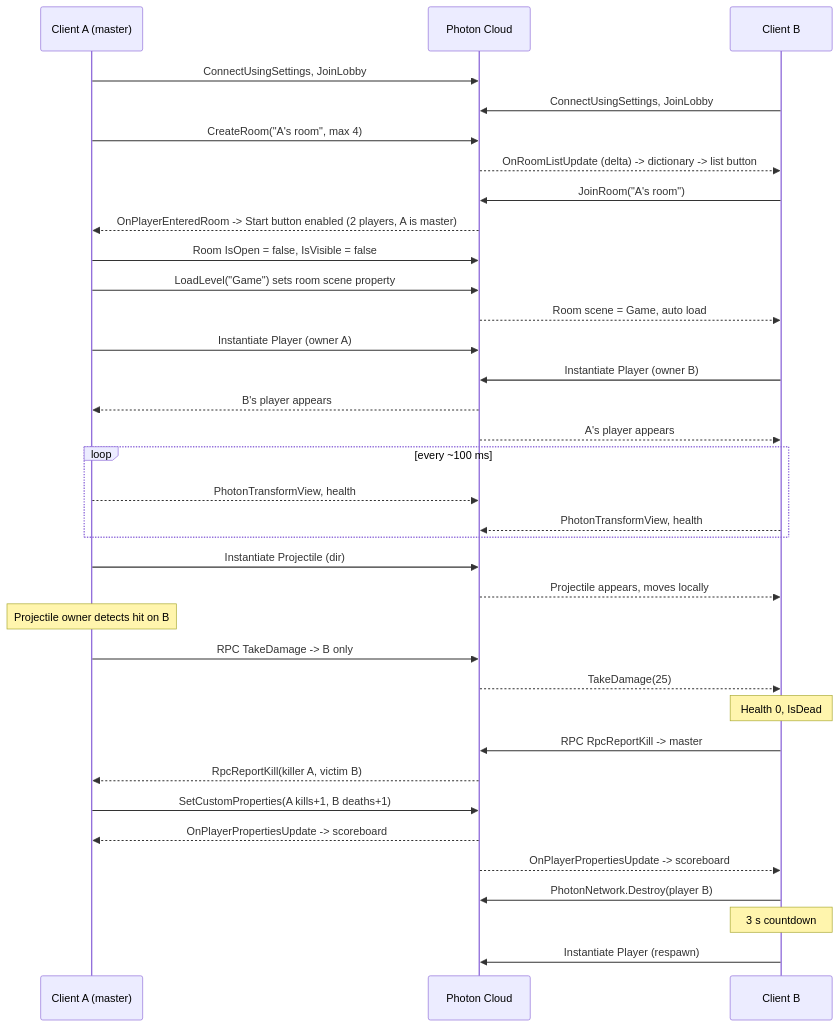
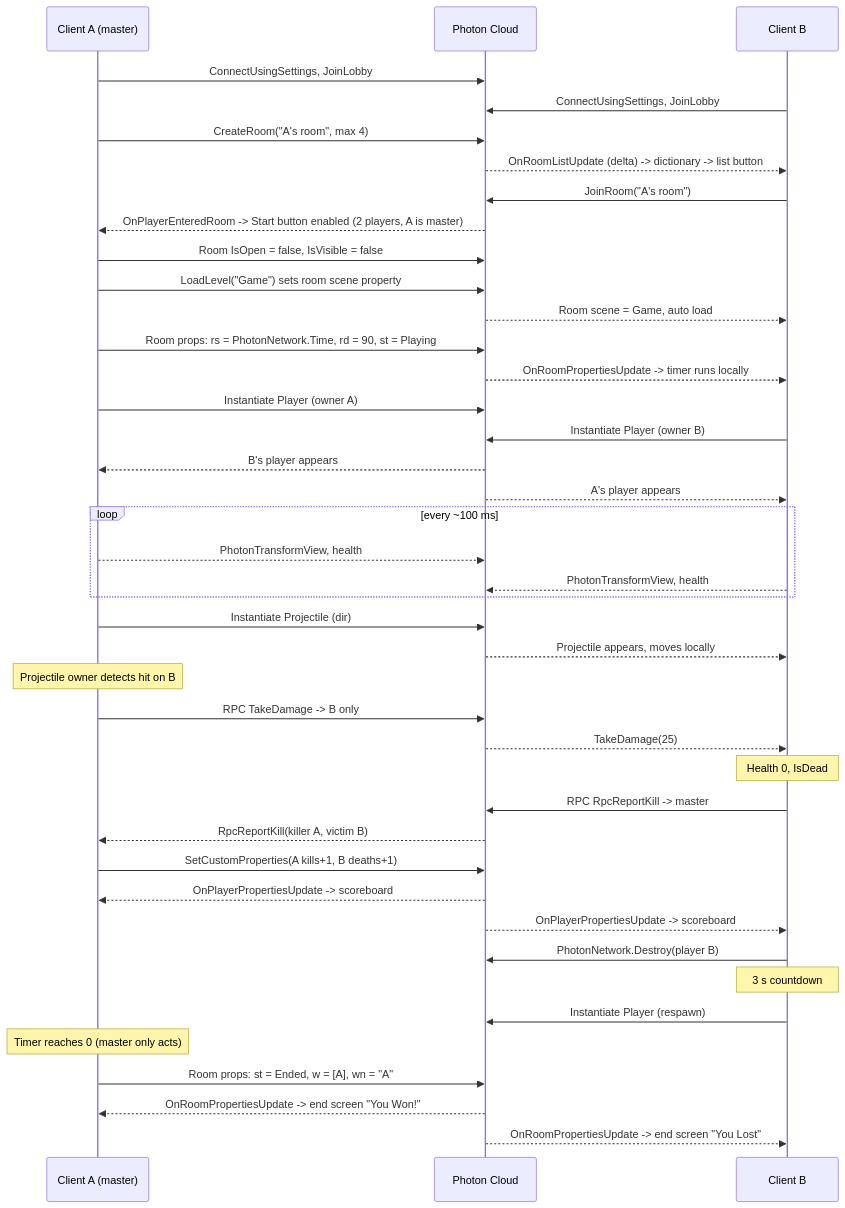
One commit to yonisabdinasir123-byte/cw1 changed the diagram in docs/LEARNING.md. Above: the diagram before and after it, drawn with Mermaid. The commit also changed other lines of this file and 12 other files, not shown here.

First line of the commit message:
Phase 3: synced round timer, winner calculation and end screen

````diff
--- a/docs/LEARNING.md
+++ b/docs/LEARNING.md
@@ -199,37 +240,43 @@
 ```mermaid
 sequenceDiagram
     participant A as Client A (master)
     participant P as Photon Cloud
     participant B as Client B
     A->>P: ConnectUsingSettings, JoinLobby
     B->>P: ConnectUsingSettings, JoinLobby
     A->>P: CreateRoom("A's room", max 4)
     P-->>B: OnRoomListUpdate (delta) -> dictionary -> list button
     B->>P: JoinRoom("A's room")
     P-->>A: OnPlayerEnteredRoom -> Start button enabled (2 players, A is master)
     A->>P: Room IsOpen = false, IsVisible = false
     A->>P: LoadLevel("Game") sets room scene property
     P-->>B: Room scene = Game, auto load
+    A->>P: Room props: rs = PhotonNetwork.Time, rd = 90, st = Playing
+    P-->>B: OnRoomPropertiesUpdate -> timer runs locally
     A->>P: Instantiate Player (owner A)
     B->>P: Instantiate Player (owner B)
     P-->>A: B's player appears
     P-->>B: A's player appears
     loop every ~100 ms
         A-->>P: PhotonTransformView, health
         B-->>P: PhotonTransformView, health
     end
     A->>P: Instantiate Projectile (dir)
     P-->>B: Projectile appears, moves locally
     Note over A: Projectile owner detects hit on B
     A->>P: RPC TakeDamage -> B only
     P-->>B: TakeDamage(25)
     Note over B: Health 0, IsDead
     B->>P: RPC RpcReportKill -> master
     P-->>A: RpcReportKill(killer A, victim B)
     A->>P: SetCustomProperties(A kills+1, B deaths+1)
     P-->>A: OnPlayerPropertiesUpdate -> scoreboard
     P-->>B: OnPlayerPropertiesUpdate -> scoreboard
     B->>P: PhotonNetwork.Destroy(player B)
     Note over B: 3 s countdown
     B->>P: Instantiate Player (respawn)
+    Note over A: Timer reaches 0 (master only acts)
+    A->>P: Room props: st = Ended, w = [A], wn = "A"
+    P-->>A: OnRoomPropertiesUpdate -> end screen "You Won!"
+    P-->>B: OnRoomPropertiesUpdate -> end screen "You Lost"
 ```
````
